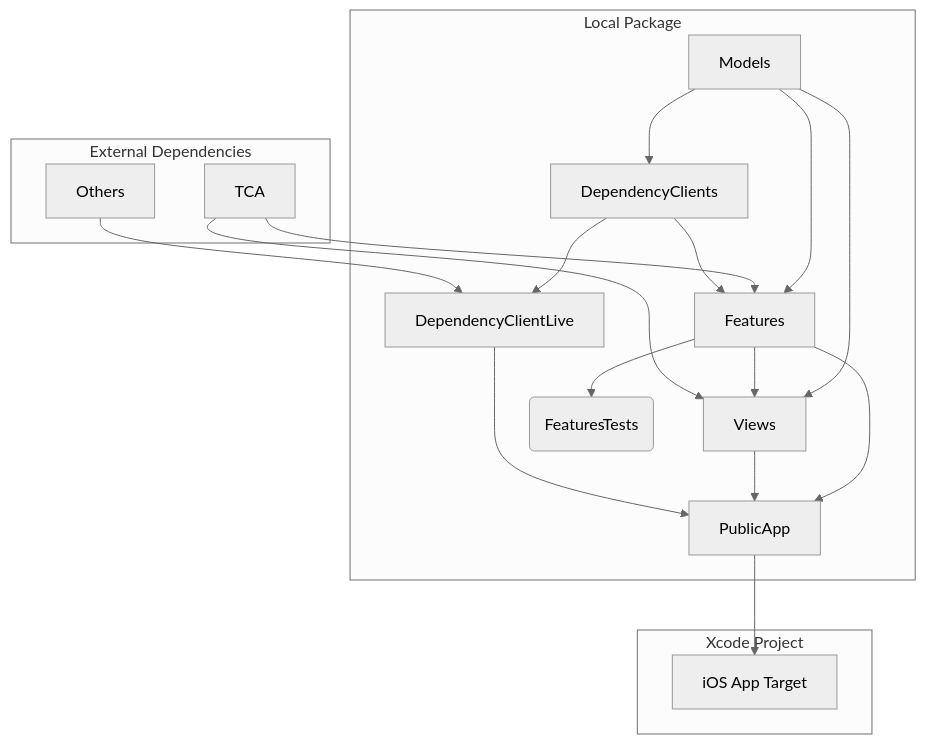
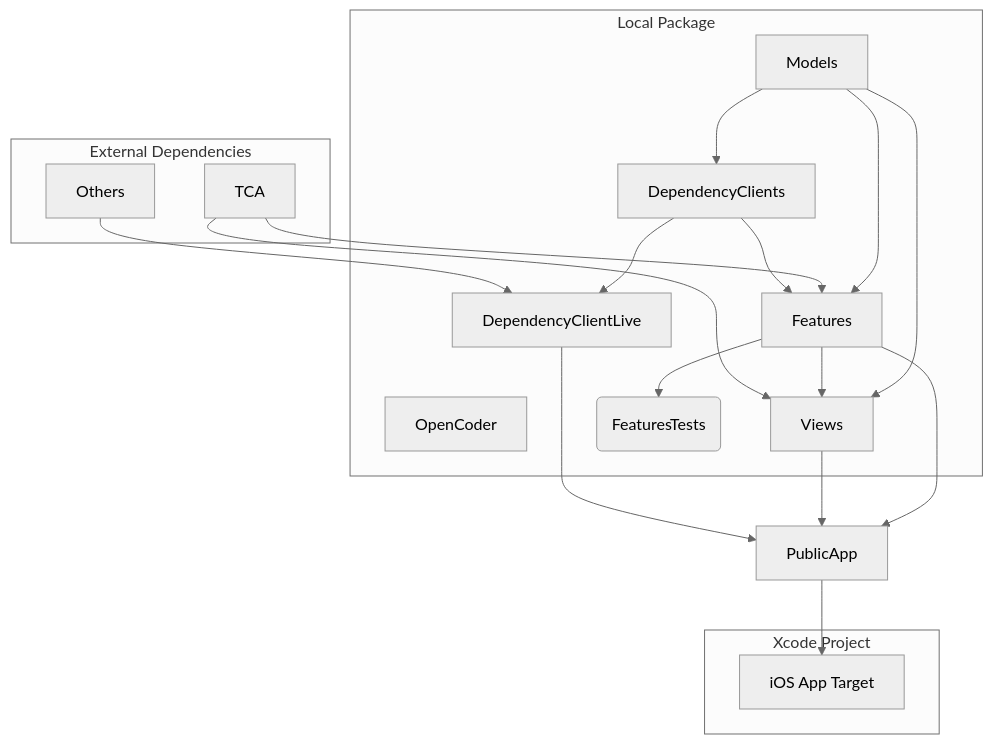
Before and after one commit to goniz/open-coder-app: the first of 2 diagrams in README.md, drawn with Mermaid (neutral theme). The commit also changed other lines of this file and 12 other files, not shown here.

Commit message:
Rename Swift package and iOS app from PublicApp/Name to OpenCoder

````diff
--- a/README.md
+++ b/README.md
@@ -23,42 +23,42 @@
 ```mermaid
 graph TD
   subgraph Dependencies[External Dependencies]
     TCA
     Others
   end
 
   subgraph Local[Local Package]
-    PublicApp
+    OpenCoder
     Models
     Views
     Features
     FeaturesTests(FeaturesTests)
     DependencyClients
     DependencyClientLive
   end
 
   subgraph XcodeP[Xcode Project]
     iOS[iOS App Target]
   end
 
 Models --> Features
 TCA --> Features
 DependencyClients --> Features
 
 Features --> FeaturesTests
 
 Models --> Views
 Features --> Views
 TCA --> Views
 
 Models --> DependencyClients
 
 DependencyClients --> DependencyClientLive
 Others --> DependencyClientLive
 
 Features --> PublicApp
 Views --> PublicApp
 DependencyClientLive --> PublicApp
 
 PublicApp --> iOS
 ```
````
